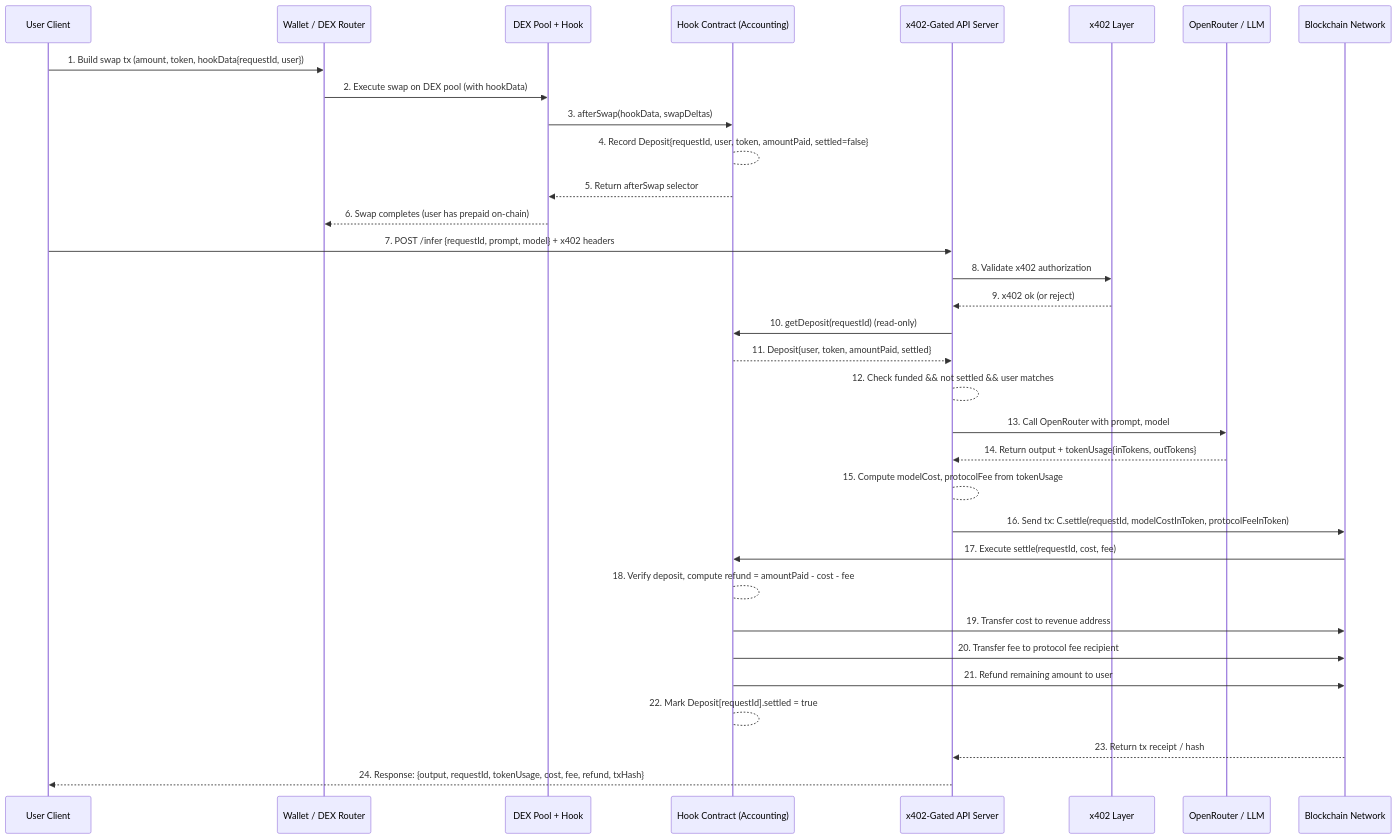
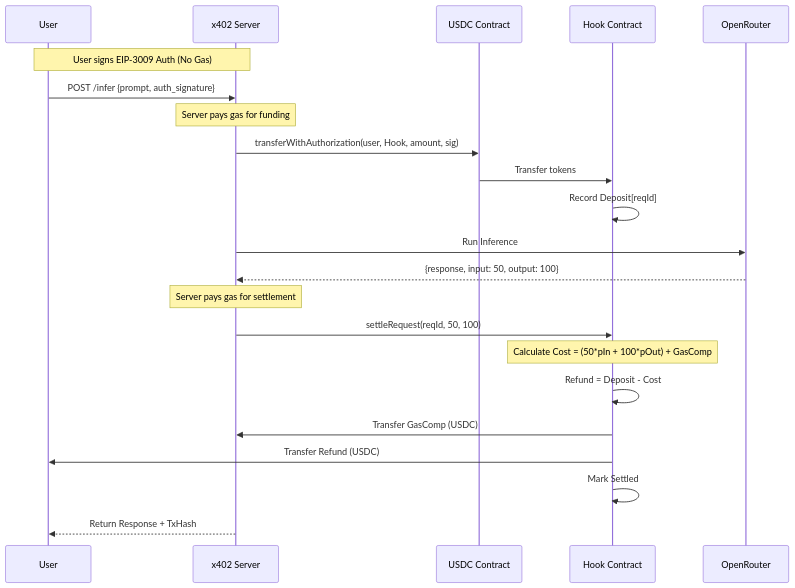
The diagram in Implementation_plan.md (pranay5255/x402-v4Hook), drawn with Mermaid before and after one commit. The commit also changed other lines of this file and 1 other file, not shown here.

First line of the commit message:
docs: update README and implementation plan for dynamic pricing hook

````diff
--- a/Implementation_plan.md
+++ b/Implementation_plan.md
@@ -149,47 +125,31 @@
 ```mermaid
 sequenceDiagram
-    participant U as User Client
-    participant W as Wallet / DEX Router
-    participant P as DEX Pool + Hook
-    participant C as Hook Contract (Accounting)
-    participant S as x402-Gated API Server
-    participant X as x402 Layer
-    participant O as OpenRouter / LLM
-    participant N as Blockchain Network
+    participant U as User
+    participant S as x402 Server
+    participant T as USDC Contract
+    participant H as Hook Contract
+    participant O as OpenRouter
 
-    %% --- Step 1: Funding via swap ---
-    U->>W: 1. Build swap tx (amount, token, hookData{requestId, user})
-    W->>P: 2. Execute swap on DEX pool (with hookData)
-    P->>C: 3. afterSwap(hookData, swapDeltas)
-    C-->C: 4. Record Deposit{requestId, user, token, amountPaid, settled=false}
-    C-->>P: 5. Return afterSwap selector
-    P-->>W: 6. Swap completes (user has prepaid on-chain)
+    Note over U, S: User signs EIP-3009 Auth (No Gas)
 
-    %% --- Step 2: API call through x402 ---
-    U->>S: 7. POST /infer {requestId, prompt, model} + x402 headers
-    S->>X: 8. Validate x402 authorization
-    X-->>S: 9. x402 ok (or reject)
+    U->>S: POST /infer {prompt, auth_signature}
+    
+    Note over S: Server pays gas for funding
+    S->>T: transferWithAuthorization(user, Hook, amount, sig)
+    T->>H: Transfer tokens
+    H->>H: Record Deposit[reqId]
 
-    %% --- Step 3: Verify funding on-chain ---
-    S->>C: 10. getDeposit(requestId) (read-only)
-    C-->>S: 11. Deposit{user, token, amountPaid, settled}
-    S-->S: 12. Check funded && not settled && user matches
+    S->>O: Run Inference
+    O-->>S: {response, input: 50, output: 100}
 
-    %% --- Step 4: Run inference off-chain ---
-    S->>O: 13. Call OpenRouter with prompt, model
-    O-->>S: 14. Return output + tokenUsage{inTokens, outTokens}
-    S-->S: 15. Compute modelCost, protocolFee from tokenUsage
+    Note over S: Server pays gas for settlement
+    S->>H: settleRequest(reqId, 50, 100)
+    
+    Note over H: Calculate Cost = (50*pIn + 100*pOut) + GasComp
+    H->>H: Refund = Deposit - Cost
+    H->>S: Transfer GasComp (USDC)
+    H->>U: Transfer Refund (USDC)
+    H->>H: Mark Settled
 
-    %% --- Step 5: Settle on-chain ---
-    S->>N: 16. Send tx: C.settle(requestId, modelCostInToken, protocolFeeInToken)
-    N->>C: 17. Execute settle(requestId, cost, fee)
-    C-->C: 18. Verify deposit, compute refund = amountPaid - cost - fee
-    C->>N: 19. Transfer cost to revenue address
-    C->>N: 20. Transfer fee to protocol fee recipient
-    C->>N: 21. Refund remaining amount to user
-    C-->C: 22. Mark Deposit[requestId].settled = true
-    N-->>S: 23. Return tx receipt / hash
-
-    %% --- Step 6: Respond to user ---
-    S-->>U: 24. Response: {output, requestId, tokenUsage, cost, fee, refund, txHash}
+    S-->>U: Return Response + TxHash
 ```
````
